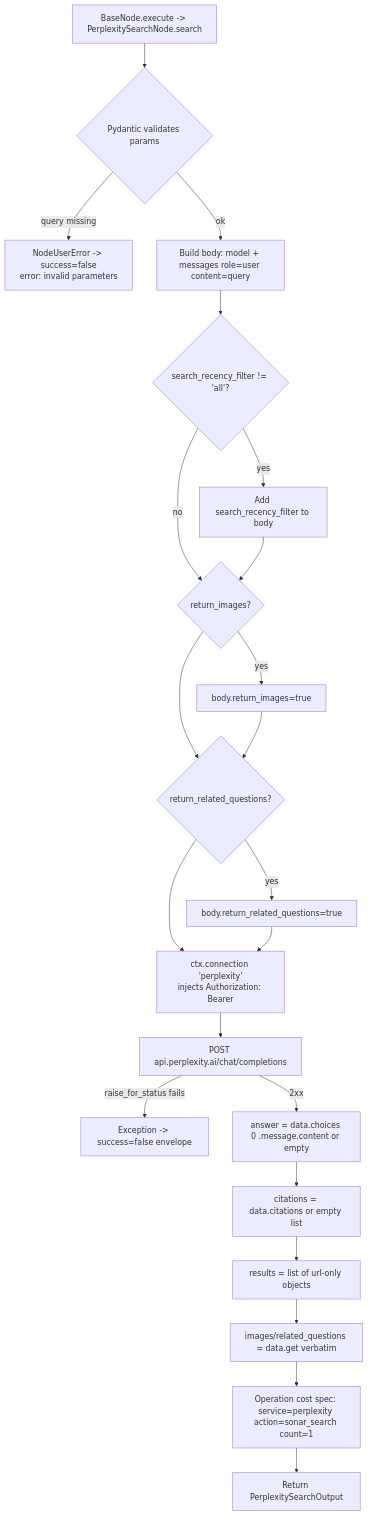
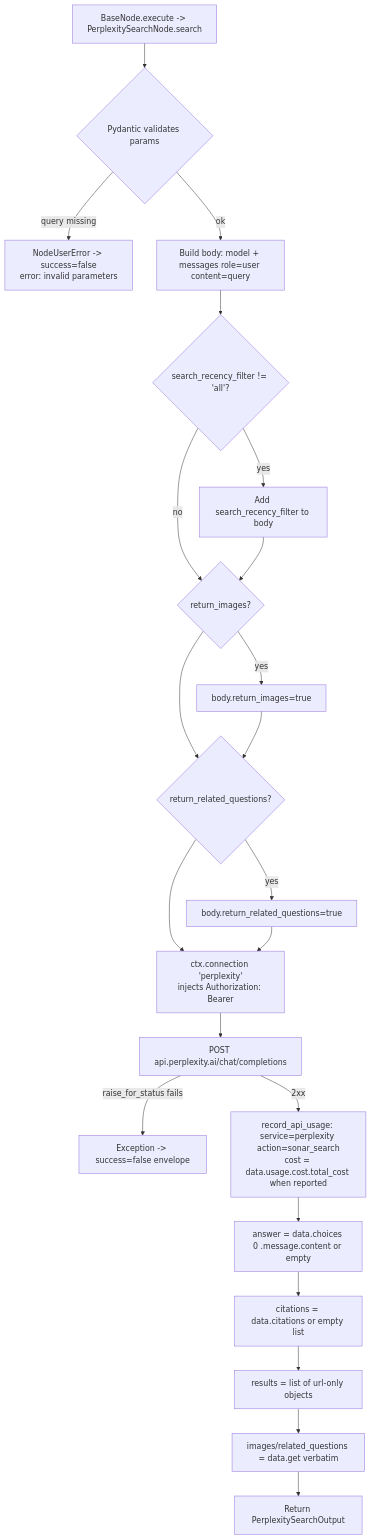
One commit to zeenie-ai/OpenCompany changed the diagram in docs-internal/node-logic-flows/search/perplexitySearch.md. Above: the diagram before and after it, drawn with Mermaid. The commit also changed other lines of this file and 9 other files, not shown here.

````diff
--- a/docs-internal/node-logic-flows/search/perplexitySearch.md
+++ b/docs-internal/node-logic-flows/search/perplexitySearch.md
@@ -64,24 +64,24 @@
 ```mermaid
 flowchart TD
   A[BaseNode.execute -> PerplexitySearchNode.search] --> B{Pydantic validates params}
   B -- query missing --> Eret[NodeUserError -> success=false<br/>error: invalid parameters]
   B -- ok --> C[Build body: model + messages role=user content=query]
   C --> D{search_recency_filter != 'all'?}
   D -- yes --> E[Add search_recency_filter to body]
   D -- no --> F{return_images?}
   E --> F
   F -- yes --> G[body.return_images=true]
   F --> H{return_related_questions?}
   G --> H
   H -- yes --> I[body.return_related_questions=true]
   H --> J[ctx.connection 'perplexity'<br/>injects Authorization: Bearer]
   I --> J
   J --> K[POST api.perplexity.ai/chat/completions]
   K -- raise_for_status fails --> Estat[Exception -> success=false envelope]
-  K -- 2xx --> L[answer = data.choices 0 .message.content or empty]
+  K -- 2xx --> P[record_api_usage: service=perplexity action=sonar_search<br/>cost = data.usage.cost.total_cost when reported]
+  P --> L[answer = data.choices 0 .message.content or empty]
   L --> M[citations = data.citations or empty list]
   M --> N[results = list of url-only objects]
   N --> O[images/related_questions = data.get verbatim]
-  O --> P[Operation cost spec: service=perplexity action=sonar_search count=1]
-  P --> Q[Return PerplexitySearchOutput]
+  O --> Q[Return PerplexitySearchOutput]
 ```
````
